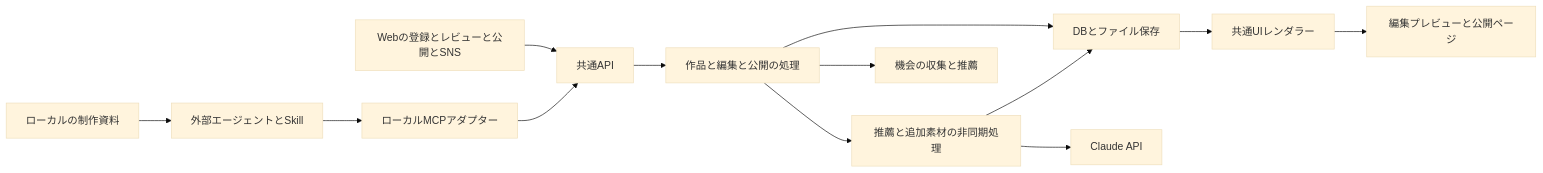
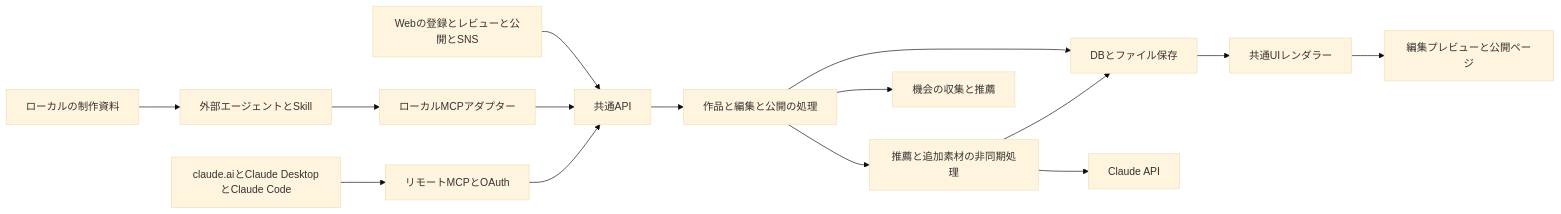
One commit to r1cA18/kosen-launch changed the diagram in docs/architecture.md. Above: the diagram before and after it, drawn with Mermaid (base theme). The commit also changed other lines of this file and 13 other files, not shown here.

````diff
--- a/docs/architecture.md
+++ b/docs/architecture.md
@@ -18,15 +18,17 @@
 ```mermaid
 flowchart LR
     A[Webの登録とレビューと公開とSNS] --> C[共通API]
     L[ローカルの制作資料] --> B
     B[外部エージェントとSkill] --> M[ローカルMCPアダプター]
+    W[claude.aiとClaude DesktopとClaude Code] --> H[リモートMCPとOAuth]
     M --> C
+    H --> C
     C --> D[作品と編集と公開の処理]
     D --> E[DBとファイル保存]
     D --> J[推薦と追加素材の非同期処理]
     J --> K[Claude API]
     J --> E
     E --> R[共通UIレンダラー]
     R --> P[編集プレビューと公開ページ]
     D --> O[機会の収集と推薦]
 ```
````
